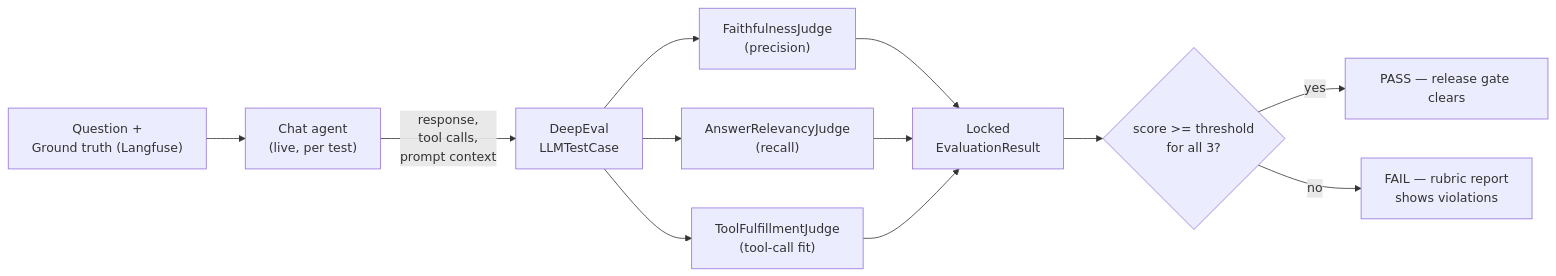
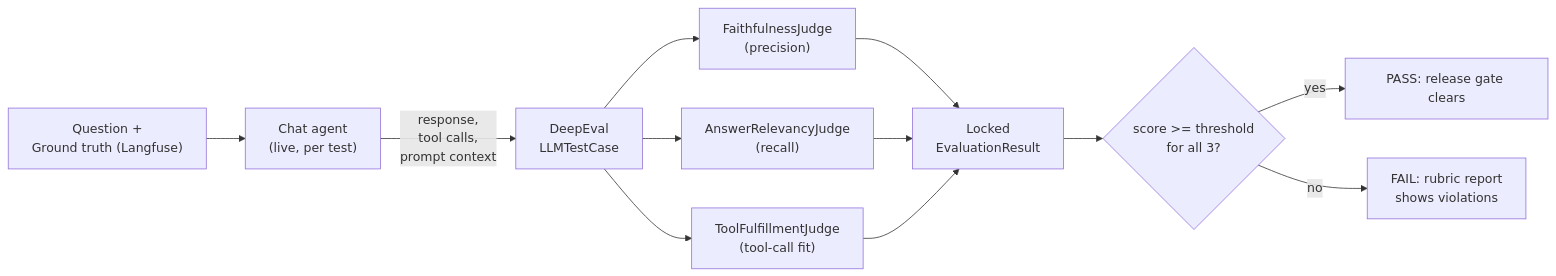
One commit to jaymehall/llm-evaluation-harness changed the diagram in README.md. Above: the diagram before and after it, drawn with Mermaid. The commit also changed other lines of this file, not shown here.

Commit message:
Remove remaining em-dashes from diagram and tree labels

````diff
--- a/README.md
+++ b/README.md
@@ -9,17 +9,17 @@
 ```mermaid
 flowchart LR
     Q["Question +\nGround truth (Langfuse)"] --> AGENT["Chat agent\n(live, per test)"]
     AGENT -->|"response,\ntool calls,\nprompt context"| CASE["DeepEval\nLLMTestCase"]
 
     CASE --> F["FaithfulnessJudge\n(precision)"]
     CASE --> R["AnswerRelevancyJudge\n(recall)"]
     CASE --> T["ToolFulfillmentJudge\n(tool-call fit)"]
 
     F --> ER["Locked\nEvaluationResult"]
     R --> ER
     T --> ER
 
     ER --> GATE{"score >= threshold\nfor all 3?"}
-    GATE -->|yes| PASS["PASS — release gate clears"]
-    GATE -->|no| FAIL["FAIL — rubric report\nshows violations"]
+    GATE -->|yes| PASS["PASS: release gate clears"]
+    GATE -->|no| FAIL["FAIL: rubric report\nshows violations"]
 ```
````
